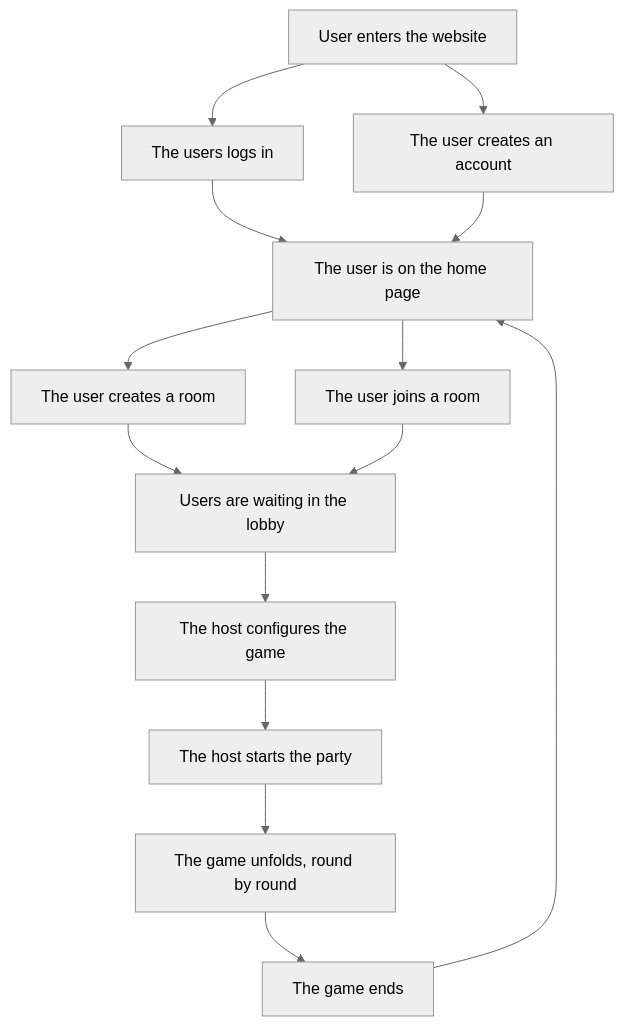
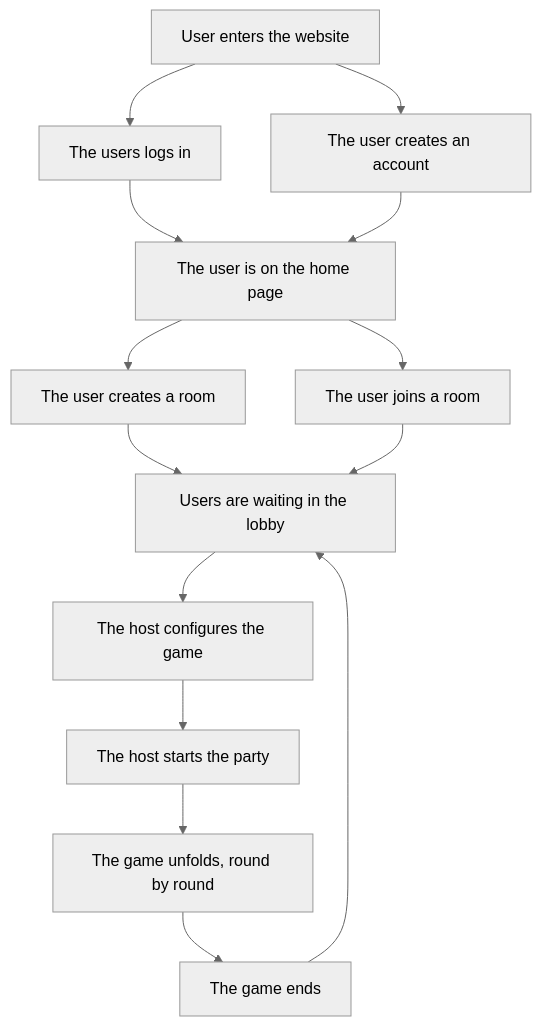
The diagram in docs/book/src/description.md (crbl-studio/games), drawn with Mermaid (neutral theme) before and after one commit.

Commit message:
Change game flow graphic
Return to lobby instead of home at the end of the game.

````diff
--- a/docs/book/src/description.md
+++ b/docs/book/src/description.md
@@ -22,27 +22,27 @@
 ```mermaid
 flowchart TD
     enter[User enters the website]
     login[The users logs in]
     register[The user creates an account]
     home[The user is on the home page]
     join[The user joins a room]
     host[The user creates a room]
     lobby[Users are waiting in the lobby]
     configure[The host configures the game]
     start[The host starts the party]
     game[The game unfolds, round by round]
     theend[The game ends]
     enter --> login
     enter --> register
     login --> home
     register --> home
     home --> host
     home --> join
     host --> lobby
     join --> lobby
     configure --> start
     lobby --> configure
     start --> game
     game --> theend
-    theend --> home
+    theend --> lobby
 ```
````
